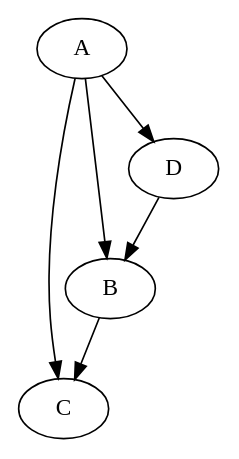
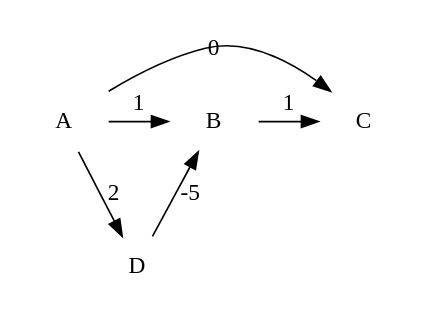
One commit to felipeqc/alg-class changed the diagram in ex07ex2.dot. Above: the diagram before and after it, drawn with Graphviz. The commit also changed 1 other file, not shown here.

```diff
--- a/ex07ex2.dot
+++ b/ex07ex2.dot
@@ -1,7 +1,12 @@
+/*
+	dot -Tpdf ex07ex2.dot > ex07ex2.pdf && open ex07ex2.pdf
+*/
 digraph G{
-	A -> C
-	A -> B
-	A -> D
-	B -> C
-	D -> B
+	node[shape=plaintext]
+	A -> C [label="0"]
+	A -> B [label="1"]
+	A -> D [label="2"]
+	B -> C [label="1"]
+	D -> B [label="-5"]
+	{rank=same; A B C}
 }
```
